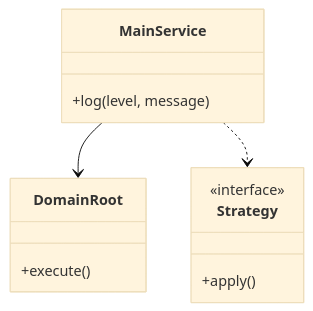
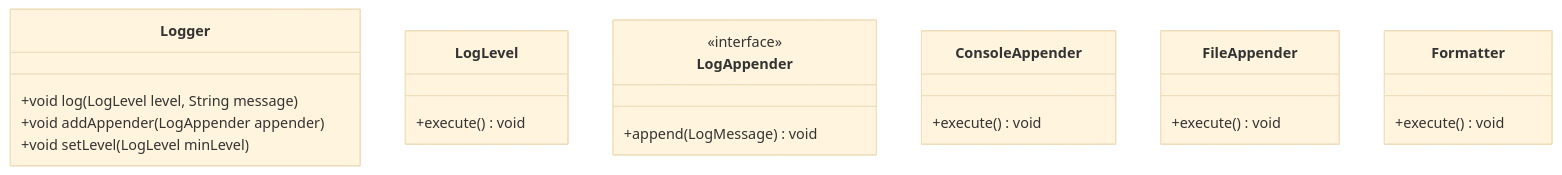
One commit to madhupaila/Interview-Prep-SSE changed the first of 3 diagrams in Learn/System Design - Low Level Design/02-classic-ood/questions/Q15-logger.md. Above: the diagram before and after it, drawn with Mermaid (base theme). The commit also changed other lines of this file and 491 other files, not shown here.

````diff
--- a/Learn/System Design - Low Level Design/02-classic-ood/questions/Q15-logger.md
+++ b/Learn/System Design - Low Level Design/02-classic-ood/questions/Q15-logger.md
@@ -75,15 +93,24 @@
 ```mermaid
 classDiagram
-    class MainService {
-        +log(level, message)
+    class Logger {
+        +void log(LogLevel level, String message)
+        +void addAppender(LogAppender appender)
+        +void setLevel(LogLevel minLevel)
     }
-    class DomainRoot {
-        +execute()
+    class LogLevel {
+        +execute() void
     }
-    class Strategy {
+    class LogAppender {
         <<interface>>
-        +apply()
+        +append(LogMessage) void
     }
-    MainService --> DomainRoot
-    MainService ..> Strategy
+    class ConsoleAppender {
+        +execute() void
+    }
+    class FileAppender {
+        +execute() void
+    }
+    class Formatter {
+        +execute() void
+    }
 ```
````
